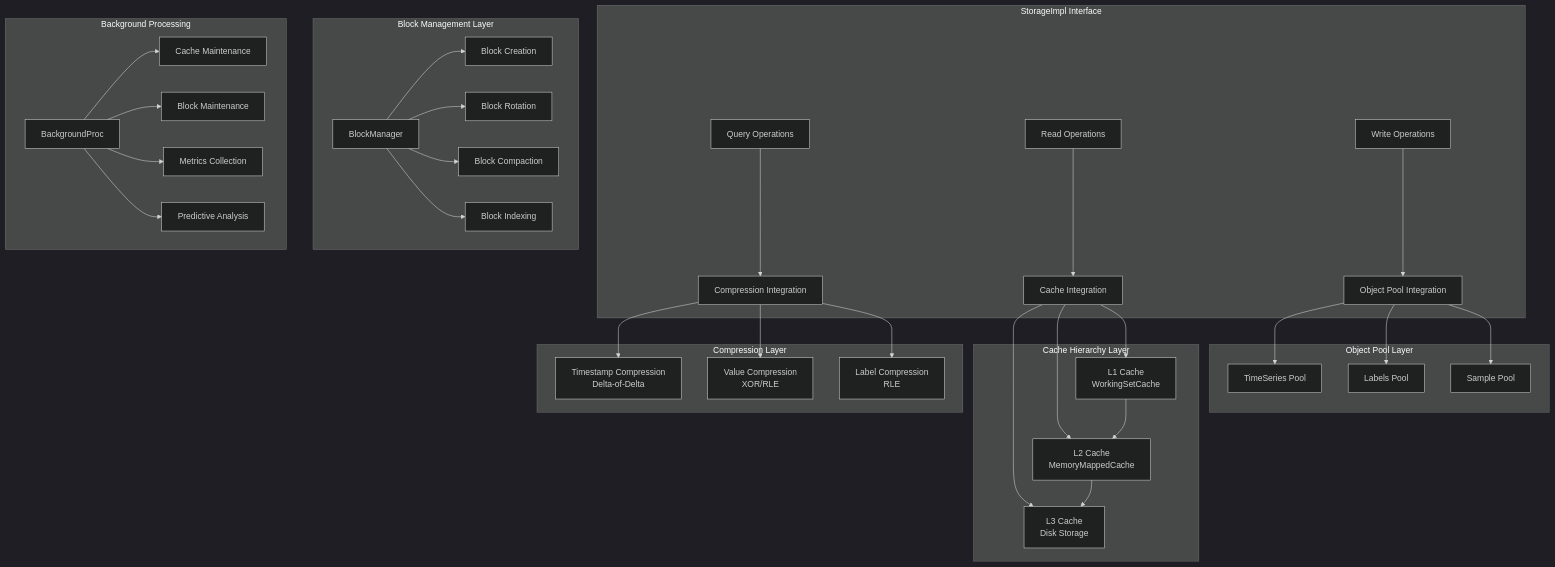
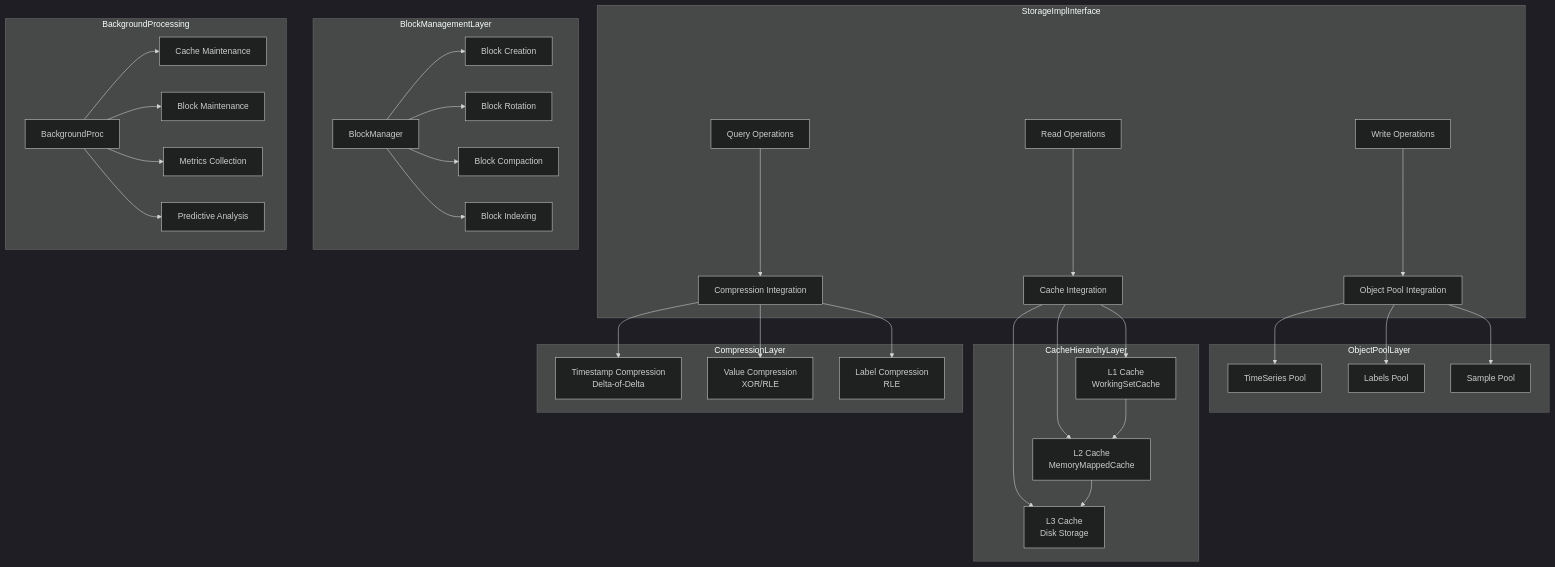
The second of 12 diagrams in diagrams.md (vobbilis/mytsdb), drawn with Mermaid (dark theme) before and after one commit. The commit also changed other lines of this file, not shown here.

Commit message:
Fix Mermaid syntax errors in diagrams.md - remove parentheses and spaces from subgraph names

````diff
--- a/diagrams.md
+++ b/diagrams.md
@@ -57,42 +57,42 @@
 ```mermaid
 graph TB
-    subgraph StorageImpl Interface
+    subgraph StorageImplInterface
         WriteOp[Write Operations] --> ObjectPoolIntegration[Object Pool Integration]
         ReadOp[Read Operations] --> CacheIntegration[Cache Integration]
         QueryOp[Query Operations] --> CompressionIntegration[Compression Integration]
     end
     
-    subgraph Object Pool Layer
+    subgraph ObjectPoolLayer
         ObjectPoolIntegration --> TimeSeriesPool[TimeSeries Pool]
         ObjectPoolIntegration --> LabelsPool[Labels Pool]
         ObjectPoolIntegration --> SamplePool[Sample Pool]
     end
     
-    subgraph Cache Hierarchy Layer
+    subgraph CacheHierarchyLayer
         CacheIntegration --> L1Cache[L1 Cache<br/>WorkingSetCache]
         CacheIntegration --> L2Cache[L2 Cache<br/>MemoryMappedCache]
         CacheIntegration --> L3Cache[L3 Cache<br/>Disk Storage]
         L1Cache --> L2Cache
         L2Cache --> L3Cache
     end
     
-    subgraph Compression Layer
+    subgraph CompressionLayer
         CompressionIntegration --> TimestampComp[Timestamp Compression<br/>Delta-of-Delta]
         CompressionIntegration --> ValueComp[Value Compression<br/>XOR/RLE]
         CompressionIntegration --> LabelComp[Label Compression<br/>RLE]
     end
     
-    subgraph Block Management Layer
+    subgraph BlockManagementLayer
         BlockManager --> BlockCreation[Block Creation]
         BlockManager --> BlockRotation[Block Rotation]
         BlockManager --> BlockCompaction[Block Compaction]
         BlockManager --> BlockIndexing[Block Indexing]
     end
     
-    subgraph Background Processing
+    subgraph BackgroundProcessing
         BackgroundProc --> CacheMaintenance[Cache Maintenance]
         BackgroundProc --> BlockMaintenance[Block Maintenance]
         BackgroundProc --> MetricsCollection[Metrics Collection]
         BackgroundProc --> PredictiveAnalysis[Predictive Analysis]
     end
 ```
````
